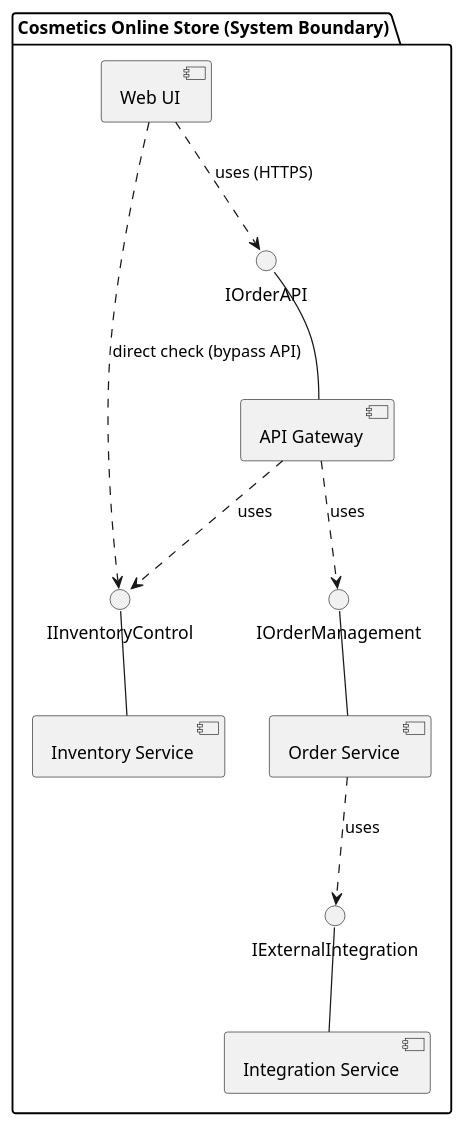
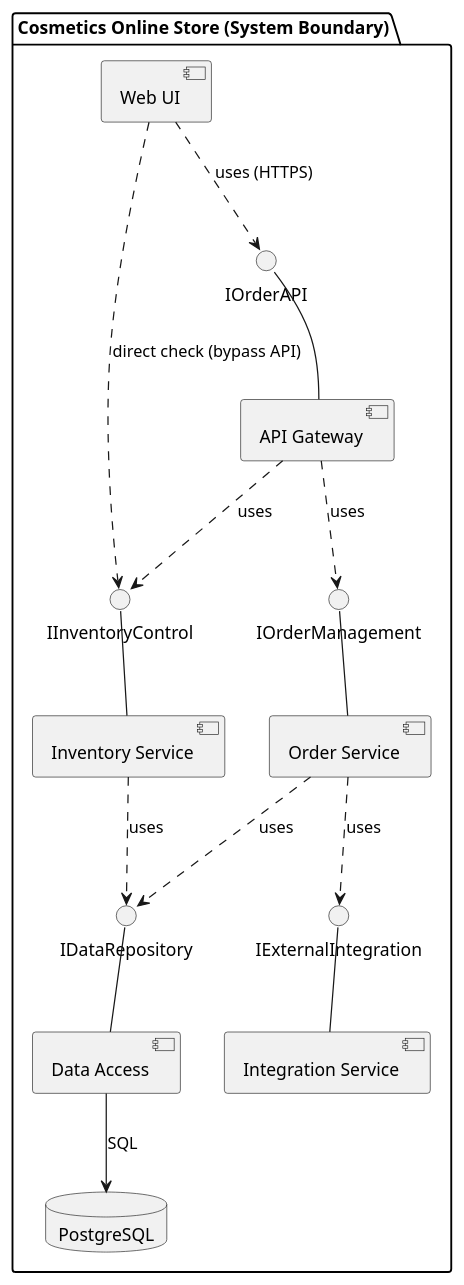
Before and after one commit to sofiisunn/KPI: the diagram in components.puml, drawn with PlantUML.

Commit message:
Add data access and database components to diagram

```diff
--- a/components.puml
+++ b/components.puml
@@ -1,37 +1,48 @@
 @startuml
 top to bottom direction
 skinparam componentStyle uml2
 
 package "Cosmetics Online Store (System Boundary)" {
   
   ' Шар 1: Клієнтський інтерфейс
   component [Web UI] as UI
   
   ' Шар 2: Шлюз входу
   component [API Gateway] as API
   interface "IOrderAPI" as i_api
   
   ' Зв'язок між UI та API через інтерфейс (provided & required)
   API -up- i_api
   UI ..> i_api : uses (HTTPS)
 
   ' Шар 3: Бізнес-сервіси
   component [Order Service] as OrderSvc
   component [Inventory Service] as InvSvc
   component [Integration Service] as IntSvc
 
   interface "IOrderManagement" as i_order
   interface "IInventoryControl" as i_inv
   interface "IExternalIntegration" as i_int
 
   OrderSvc -up- i_order
   InvSvc -up- i_inv
   IntSvc -up- i_int
 
   API ..> i_order : uses
   API ..> i_inv : uses
   OrderSvc ..> i_int : uses
   UI ..> i_inv : direct check (bypass API)
+
+  ' Шар 4: Доступ до даних
+  component [Data Access] as DAL
+  interface "IDataRepository" as i_dal
+  DAL -up- i_dal
+  OrderSvc ..> i_dal : uses
+  InvSvc ..> i_dal : uses
+
+  ' Шар 5: База даних
+  database "PostgreSQL" as DB
+  DAL --> DB : SQL
 }
 
 @enduml
```
